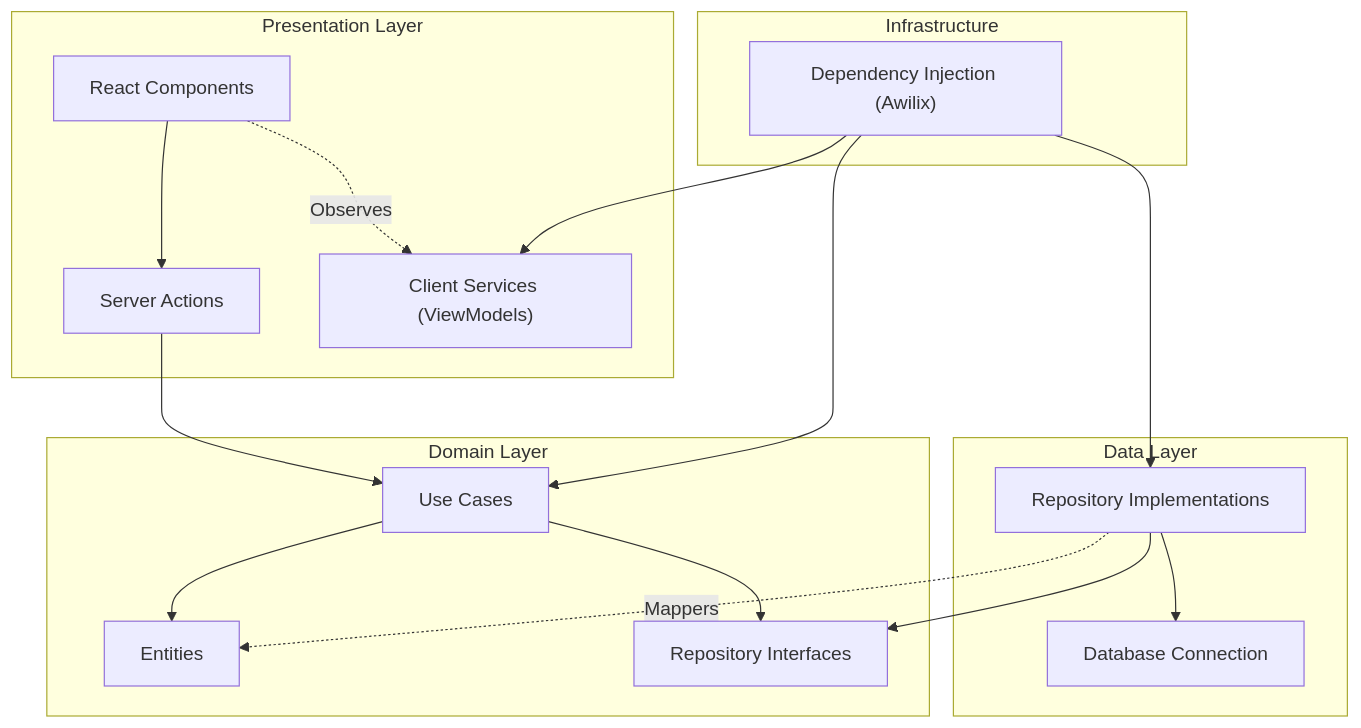
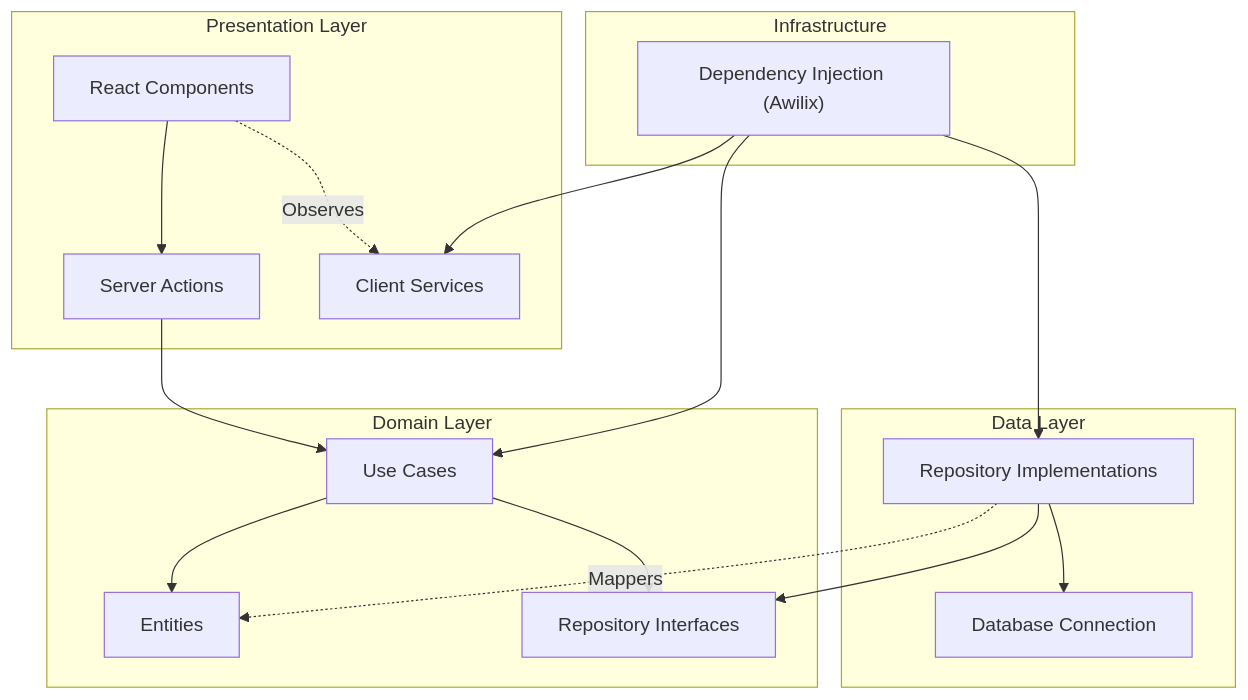
One commit to pahlevikun/Task-Manager changed the second of 2 diagrams in README.md. Above: the diagram before and after it, drawn with Mermaid.

````diff
--- a/README.md
+++ b/README.md
@@ -314,38 +314,38 @@
 ```mermaid
 graph TD
     subgraph Presentation ["Presentation Layer"]
         UI["React Components"]
         Actions["Server Actions"]
-        ClientServices["Client Services (ViewModels)"]
+        ClientServices["Client Services"]
     end
 
     subgraph Domain ["Domain Layer"]
         UseCases["Use Cases"]
         Entities["Entities"]
         RepoInterfaces["Repository Interfaces"]
     end
 
     subgraph Data ["Data Layer"]
         RepoImpl["Repository Implementations"]
         DB["Database Connection"]
     end
 
     subgraph Infrastructure ["Infrastructure"]
         DI["Dependency Injection (Awilix)"]
     end
 
     %% Dependencies
     UI --> Actions
     UI -.->|Observes| ClientServices
     Actions --> UseCases
     UseCases --> RepoInterfaces
     UseCases --> Entities
     RepoImpl --> RepoInterfaces
     RepoImpl --> DB
     RepoImpl -.->|Mappers| Entities
 
     %% DI Wiring
     DI --> UseCases
     DI --> RepoImpl
     DI --> ClientServices
 ```
````
